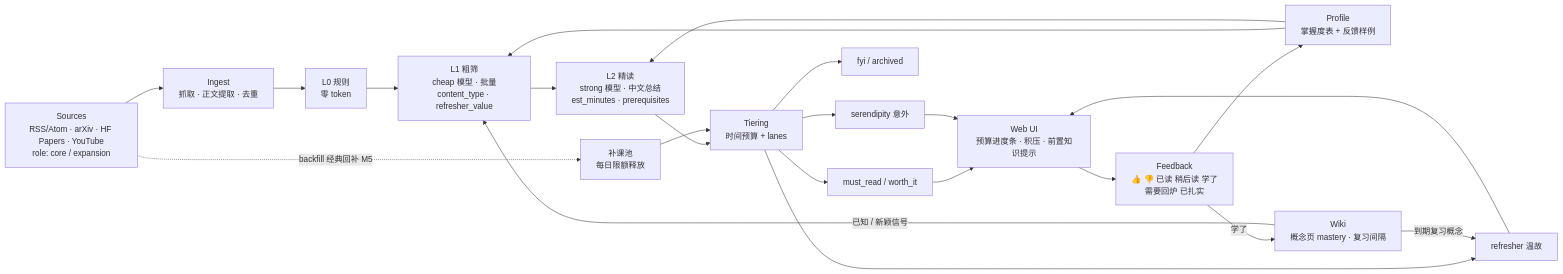
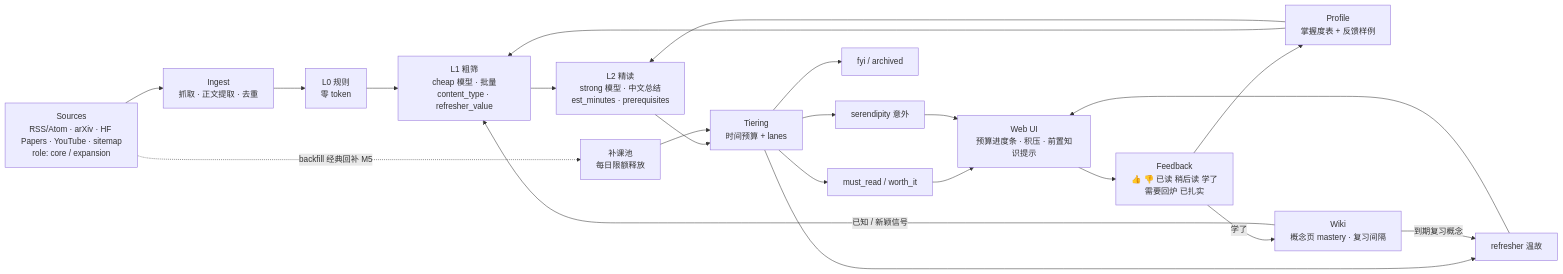
Before and after one commit to chai-yinfeng/2ndBrain: the diagram in docs/design.md, drawn with Mermaid. The commit also changed other lines of this file and 13 other files, not shown here.

First line of the commit message:
Add sitemap source type for blogs without RSS (LMSYS, Anthropic news) (#9)

````diff
--- a/docs/design.md
+++ b/docs/design.md
@@ -11,24 +11,24 @@
 ```mermaid
 flowchart LR
-    S[Sources<br/>RSS/Atom · arXiv · HF Papers · YouTube<br/>role: core / expansion] --> I[Ingest<br/>抓取 · 正文提取 · 去重]
+    S[Sources<br/>RSS/Atom · arXiv · HF Papers · YouTube · sitemap<br/>role: core / expansion] --> I[Ingest<br/>抓取 · 正文提取 · 去重]
     S -. backfill 经典回补 M5 .-> BF[补课池<br/>每日限额释放]
     I --> L0[L0 规则<br/>零 token]
     L0 --> L1[L1 粗筛<br/>cheap 模型 · 批量<br/>content_type · refresher_value]
     L1 --> L2[L2 精读<br/>strong 模型 · 中文总结<br/>est_minutes · prerequisites]
     L2 --> T[Tiering<br/>时间预算 + lanes]
     BF --> T
     T --> MR[must_read / worth_it]
     T --> RF[refresher 温故]
     T --> SE[serendipity 意外]
     T --> FY[fyi / archived]
     MR --> W[Web UI<br/>预算进度条 · 积压 · 前置知识提示]
     RF --> W
     SE --> W
     W --> F[Feedback<br/>👍 👎 已读 稍后读 学了<br/>需要回炉 已扎实]
     F --> P[Profile<br/>掌握度表 + 反馈样例]
     P --> L1
     P --> L2
     F -- 学了 --> K[Wiki<br/>概念页 mastery · 复习间隔]
     K -- 已知 / 新颖信号 --> L1
     K -- 到期复习概念 --> RF
 ```
````
